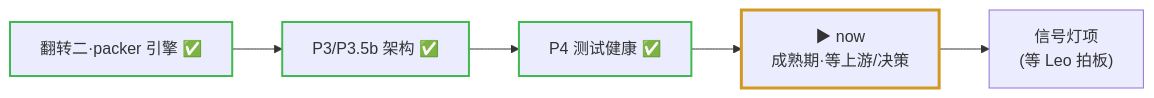
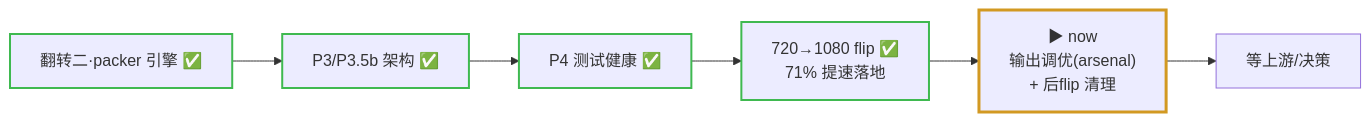
One commit to Leo86868/Promo-Pipeline changed the first of 2 diagrams in workflow/ROADMAP.md. Above: the diagram before and after it, drawn with Mermaid. The commit also changed other lines of this file, not shown here.

First line of the commit message:
roadmap: full position sync to 2026-06-23 — 720→1080 flip live + poi_description live

````diff
--- a/workflow/ROADMAP.md
+++ b/workflow/ROADMAP.md
@@ -18,8 +18,8 @@
 ```mermaid
 flowchart LR
-  E["翻转二·packer 引擎 ✅"] --> A["P3/P3.5b 架构 ✅"] --> T["P4 测试健康 ✅"] --> NOW["▶ now<br/>成熟期·等上游/决策"] --> G["信号灯项<br/>(等 Leo 拍板)"]
+  E["翻转二·packer 引擎 ✅"] --> A["P3/P3.5b 架构 ✅"] --> T["P4 测试健康 ✅"] --> F["720→1080 flip ✅<br/>71% 提速落地"] --> NOW["▶ now<br/>输出调优(arsenal)<br/>+ 后flip 清理"] --> G["等上游/决策"]
   classDef done stroke:#3fb950,stroke-width:2px
   classDef now stroke:#d29922,stroke-width:3px
-  class E,A,T done
+  class E,A,T,F done
   class NOW now
 ```
````
